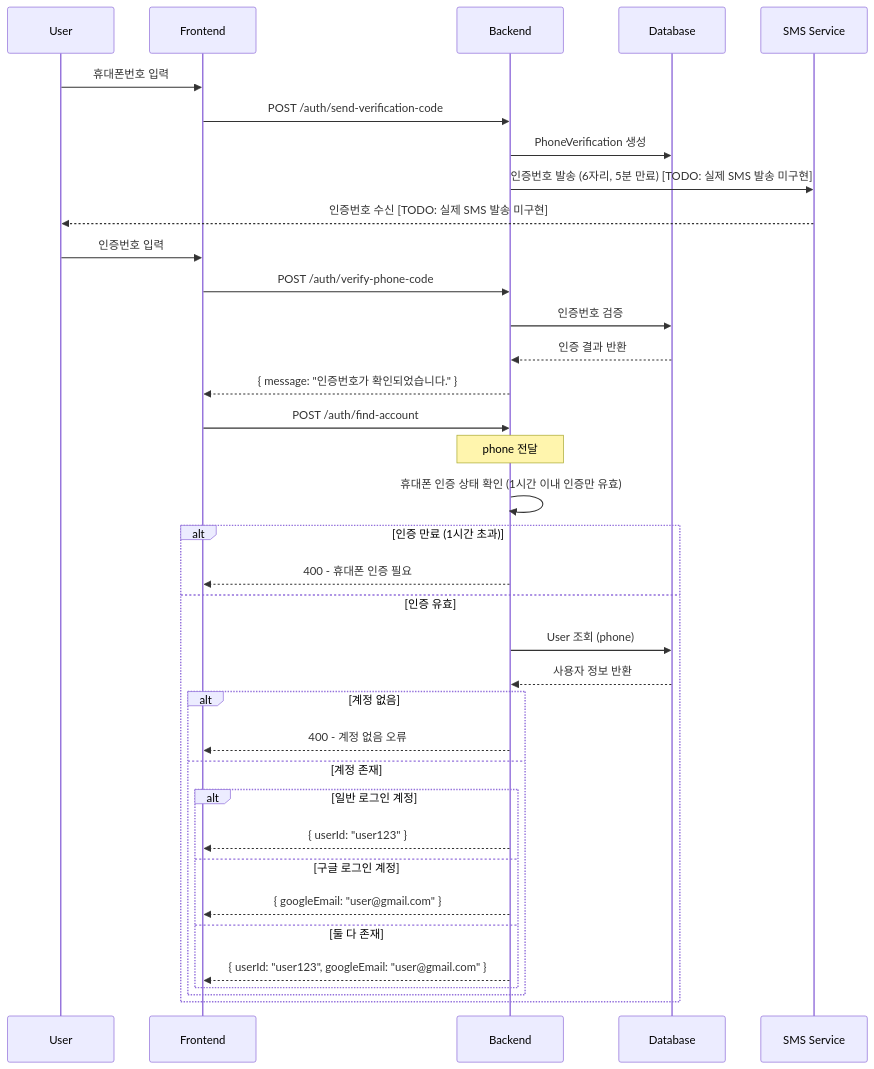
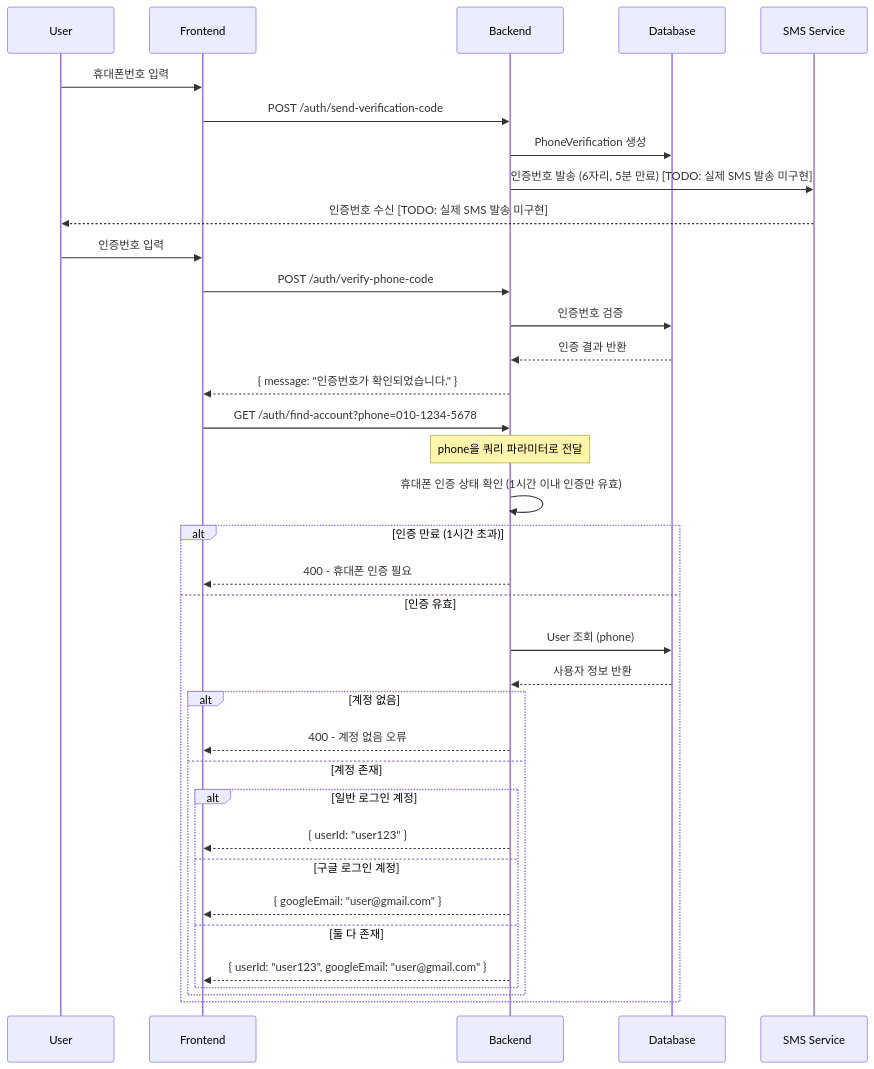
One commit to ServicePlayground/sweet-order changed the sixth of 9 diagrams in apps/web-user/backend/docs/통합 로그인 및 회원가입 - 가이드.md. Above: the diagram before and after it, drawn with Mermaid. The commit also changed 1 other file, not shown here.

Commit message:
[WEB-USER][BE][REFAC]: 계정 찾기 API 수정 - POST에서 GET으로 변경, 쿼리 파라미터로 전화번호 전달 방식 수정

````diff
--- a/apps/web-user/backend/docs/통합 로그인 및 회원가입 - 가이드.md
+++ b/apps/web-user/backend/docs/통합 로그인 및 회원가입 - 가이드.md
@@ -280,41 +280,41 @@
 ```mermaid
 sequenceDiagram
     participant U as User
     participant F as Frontend
     participant B as Backend
     participant DB as Database
     participant SMS as SMS Service
 
     U->>F: 휴대폰번호 입력
     F->>B: POST /auth/send-verification-code
     B->>DB: PhoneVerification 생성
     B->>SMS: 인증번호 발송 (6자리, 5분 만료) [TODO: 실제 SMS 발송 미구현]
     SMS-->>U: 인증번호 수신 [TODO: 실제 SMS 발송 미구현]
 
     U->>F: 인증번호 입력
     F->>B: POST /auth/verify-phone-code
     B->>DB: 인증번호 검증
     DB-->>B: 인증 결과 반환
     B-->>F: { message: "인증번호가 확인되었습니다." }
 
-    F->>B: POST /auth/find-account
-    Note over B: phone 전달
+    F->>B: GET /auth/find-account?phone=010-1234-5678
+    Note over B: phone을 쿼리 파라미터로 전달
     B->>B: 휴대폰 인증 상태 확인 (1시간 이내 인증만 유효)
     alt 인증 만료 (1시간 초과)
         B-->>F: 400 - 휴대폰 인증 필요
     else 인증 유효
         B->>DB: User 조회 (phone)
         DB-->>B: 사용자 정보 반환
         alt 계정 없음
             B-->>F: 400 - 계정 없음 오류
         else 계정 존재
             alt 일반 로그인 계정
                 B-->>F: { userId: "user123" }
             else 구글 로그인 계정
                 B-->>F: { googleEmail: "user@gmail.com" }
             else 둘 다 존재
                 B-->>F: { userId: "user123", googleEmail: "user@gmail.com" }
             end
         end
     end
 ```
````
